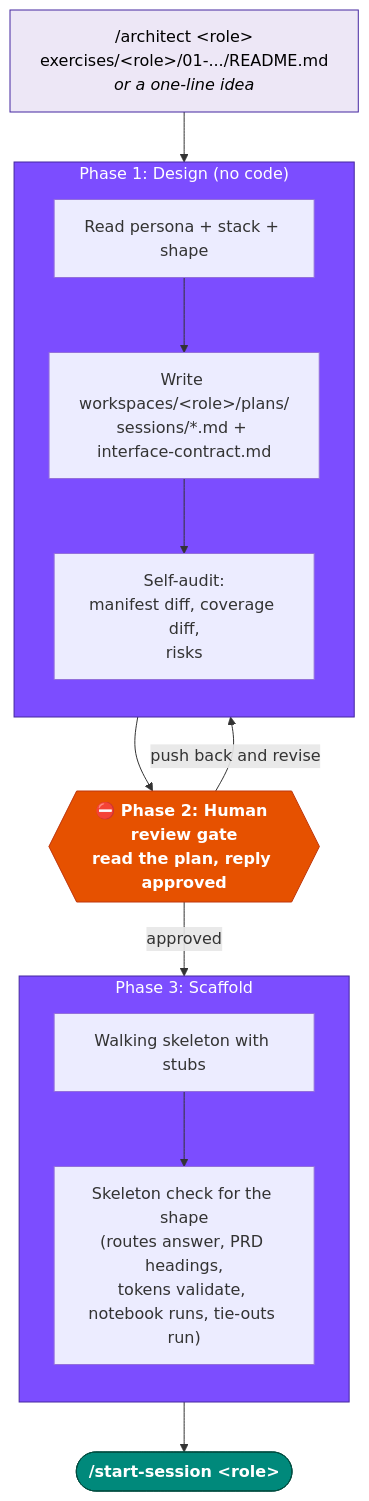
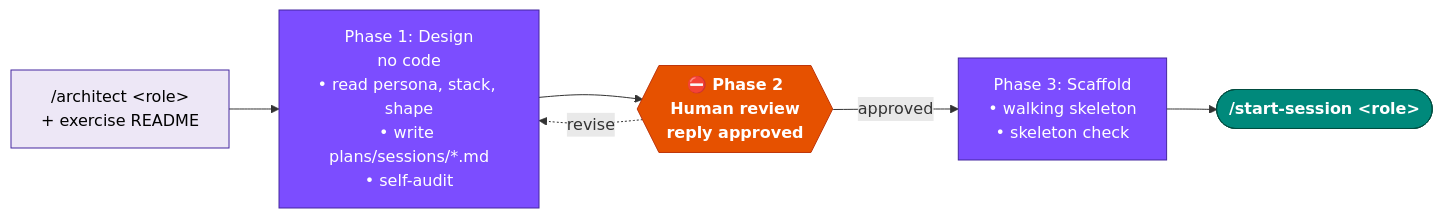
Before and after one commit to axel-sirota/cursor-course-templates: the diagram in materials/diagrams/d05-architect-gated-flow.mmd, drawn with Mermaid. The commit also changed 1 other file, not shown here.

Commit message:
fix(intuit): compact horizontal architect gated-flow diagram

```diff
--- a/materials/diagrams/d05-architect-gated-flow.mmd
+++ b/materials/diagrams/d05-architect-gated-flow.mmd
@@ -1,36 +1,15 @@
-flowchart TB
-  IDEA["/architect &lt;role&gt;<br/>exercises/&lt;role&gt;/01-.../README.md<br/><i>or a one-line idea</i>"]
+flowchart LR
+  IDEA["/architect &lt;role&gt;<br/>+ exercise README"]:::idea
+  P1["Phase 1: Design<br/>no code<br/>• read persona, stack, shape<br/>• write plans/sessions/*.md<br/>• self-audit"]:::phase
+  GATE{{"⛔ Phase 2<br/>Human review<br/>reply approved"}}:::gate
+  P3["Phase 3: Scaffold<br/>• walking skeleton<br/>• skeleton check"]:::phase
+  NEXT(["/start-session &lt;role&gt;"]):::loop
 
-  subgraph P1["Phase 1: Design (no code)"]
-    direction TB
-    D1["Read persona + stack + shape"]
-    D2["Write workspaces/&lt;role&gt;/plans/<br/>sessions/*.md + interface-contract.md"]
-    D3["Self-audit:<br/>manifest diff, coverage diff,<br/>risks"]
-    D1 --> D2 --> D3
-  end
-
-  GATE{{"⛔ Phase 2: Human review gate<br/>read the plan, reply approved"}}
-
-  subgraph P3["Phase 3: Scaffold"]
-    direction TB
-    S1["Walking skeleton with stubs"]
-    S2["Skeleton check for the shape<br/>(routes answer, PRD headings,<br/>tokens validate, notebook runs, tie-outs run)"]
-    S1 --> S2
-  end
-
-  NEXT(["/start-session &lt;role&gt;"])
-
-  IDEA --> P1
-  P1 --> GATE
-  GATE -->|approved| P3
-  GATE -->|push back and revise| P1
-  P3 --> NEXT
+  IDEA --> P1 --> GATE
+  GATE -->|approved| P3 --> NEXT
+  GATE -.->|revise| P1
 
   classDef phase fill:#7c4dff,stroke:#4527a0,color:#fff;
   classDef gate fill:#e65100,stroke:#bf360c,color:#fff,font-weight:bold;
   classDef idea fill:#ede7f6,stroke:#4527a0,color:#000;
   classDef loop fill:#00897b,stroke:#004d40,color:#fff,font-weight:bold;
-  class P1,P3 phase;
-  class GATE gate;
-  class IDEA idea;
-  class NEXT loop;
```
